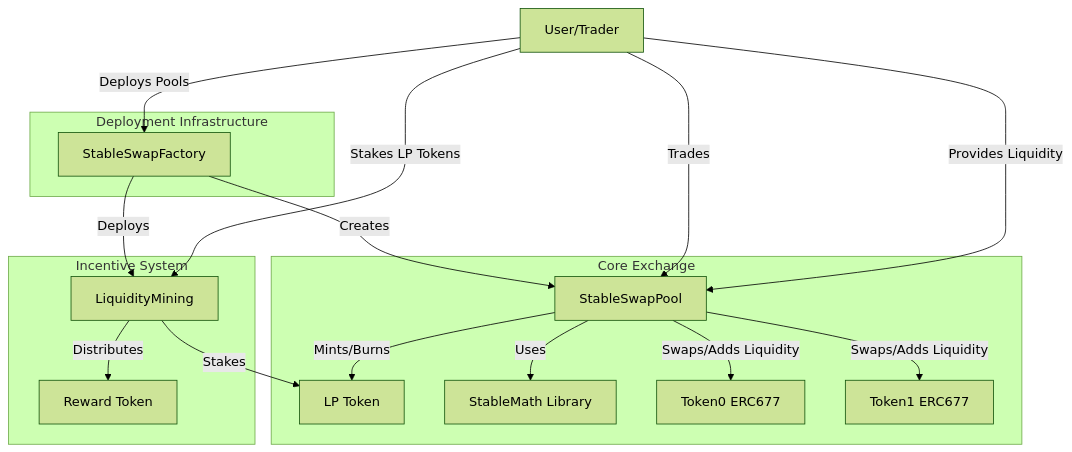
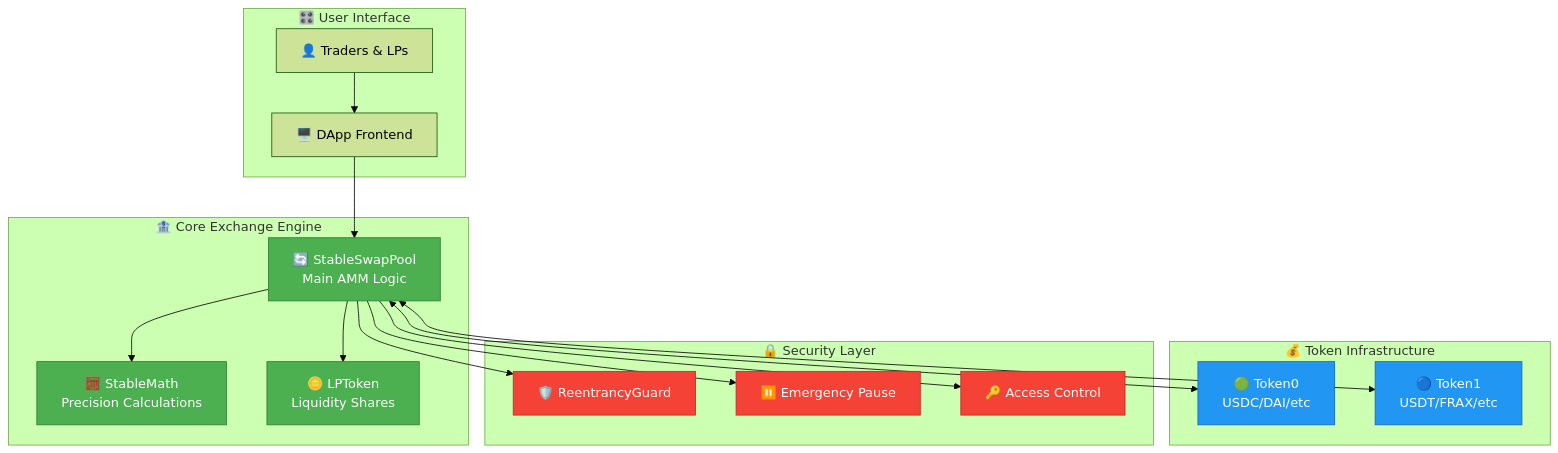
The diagram in README.md (MahmoudKebbi/stable_swap_v1), drawn with Mermaid (forest theme) before and after one commit. The commit also changed other lines of this file, not shown here.

````diff
--- a/README.md
+++ b/README.md
@@ -46,34 +65,42 @@
 ```mermaid
-graph TD
-    User[User/Trader] -- "Deploys Pools" --> Factory[StableSwapFactory]
-    Factory -- "Creates" --> Pool[StableSwapPool]
-    Factory -- "Deploys" --> Mining[LiquidityMining]
-    Pool -- "Mints/Burns" --> LPToken[LP Token]
-    Pool -- "Uses" --> StableMath[StableMath Library]
-    Pool -- "Swaps/Adds Liquidity" --> Token0[Token0 ERC677]
-    Pool -- "Swaps/Adds Liquidity" --> Token1[Token1 ERC677]
-    User -- "Trades" --> Pool
-    User -- "Provides Liquidity" --> Pool
-    User -- "Stakes LP Tokens" --> Mining
-    Mining -- "Distributes" --> RewardToken[Reward Token]
-    Mining -- "Stakes" --> LPToken
-    
-    subgraph Core Exchange
-        Pool
-        StableMath
-        LPToken
-        Token0
-        Token1
+graph TB
+    subgraph "🏦 Core Exchange Engine"
+        Pool[🔄 StableSwapPool<br/>Main AMM Logic]
+        Math[🧮 StableMath<br/>Precision Calculations]
+        LP[🪙 LPToken<br/>Liquidity Shares]
     end
     
-    subgraph Incentive System
-        Mining
-        RewardToken
+    subgraph "🎛️ User Interface"
+        User[👤 Traders & LPs]
+        UI[🖥️ DApp Frontend]
     end
     
-    subgraph Deployment Infrastructure
-        Factory
+    subgraph "💰 Token Infrastructure"
+        T0[🟢 Token0<br/>USDC/DAI/etc]
+        T1[🔵 Token1<br/>USDT/FRAX/etc]
     end
-
-    class Pool,Mining,Factory emphasis
+    
+    subgraph "🔒 Security Layer"
+        Guard[🛡️ ReentrancyGuard]
+        Pause[⏸️ Emergency Pause]
+        Access[🔑 Access Control]
+    end
+    
+    User --> UI
+    UI --> Pool
+    Pool --> Math
+    Pool --> LP
+    Pool <--> T0
+    Pool <--> T1
+    Pool --> Guard
+    Pool --> Pause
+    Pool --> Access
+    
+    classDef coreNode fill:#4CAF50,stroke:#2E7D32,color:#fff
+    classDef securityNode fill:#F44336,stroke:#C62828,color:#fff
+    classDef tokenNode fill:#2196F3,stroke:#1565C0,color:#fff
+    
+    class Pool,Math,LP coreNode
+    class Guard,Pause,Access securityNode
+    class T0,T1 tokenNode
 ```
````
